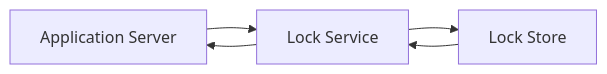
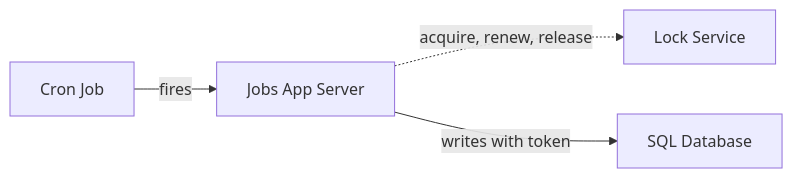
The diagram in public/content/components/lock-service.md (Prateesh-Sulikeri/ScaleCraft), drawn with Mermaid before and after one commit. The commit also changed other lines of this file and 32 other files, not shown here.

````diff
--- a/public/content/components/lock-service.md
+++ b/public/content/components/lock-service.md
@@ -50,7 +43,6 @@
 ```mermaid
 graph LR
-    A[Application Server] --> B[Lock Service]
-    B --> C[Lock Store]
-    C --> B
-    B --> A
+    S[Cron Job] -->|fires| J[Jobs App Server]
+    J -.->|acquire, renew, release| L[Lock Service]
+    J -->|writes with token| D[SQL Database]
 ```
````
